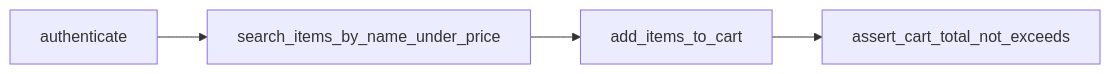
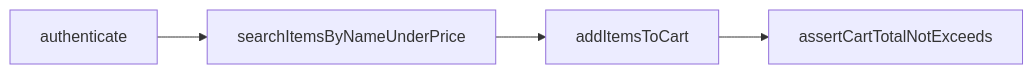
One commit to ChaimCymerman0548492309/Ness changed the diagram in README.md. Above: the diagram before and after it, drawn with Mermaid. The commit also changed other lines of this file and 7 other files, not shown here.

Commit message:
modified:   README.md 	modified:   docs/ARCHITECTURE.md 	modified:   docs/REQUIREMENTS_COMPLIANCE.md 	modified:   ebay_automation.py 	modified:   services/cart_assertion_service.py 	modified:   services/cart_service.py 	modified:   services/search_service.py 	modified:   tests/test_ebay_e2e.py

````diff
--- a/README.md
+++ b/README.md
@@ -202,6 +108,6 @@
 ```mermaid
 flowchart LR
-    A[authenticate] --> B[search_items_by_name_under_price]
-    B --> C[add_items_to_cart]
-    C --> D[assert_cart_total_not_exceeds]
+    A[authenticate] --> B[searchItemsByNameUnderPrice]
+    B --> C[addItemsToCart]
+    C --> D[assertCartTotalNotExceeds]
 ```
````
